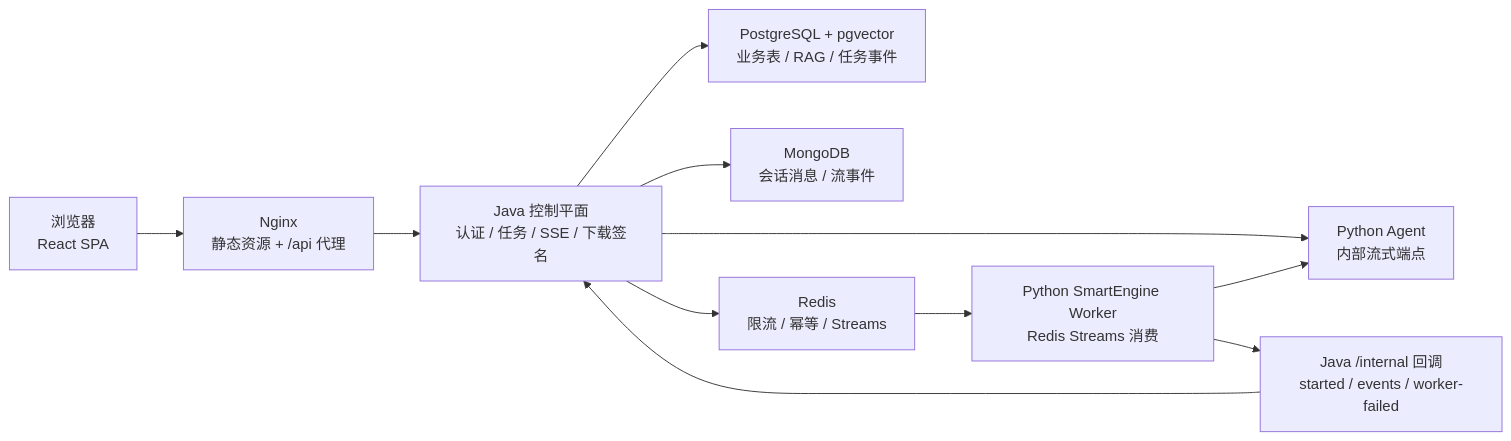
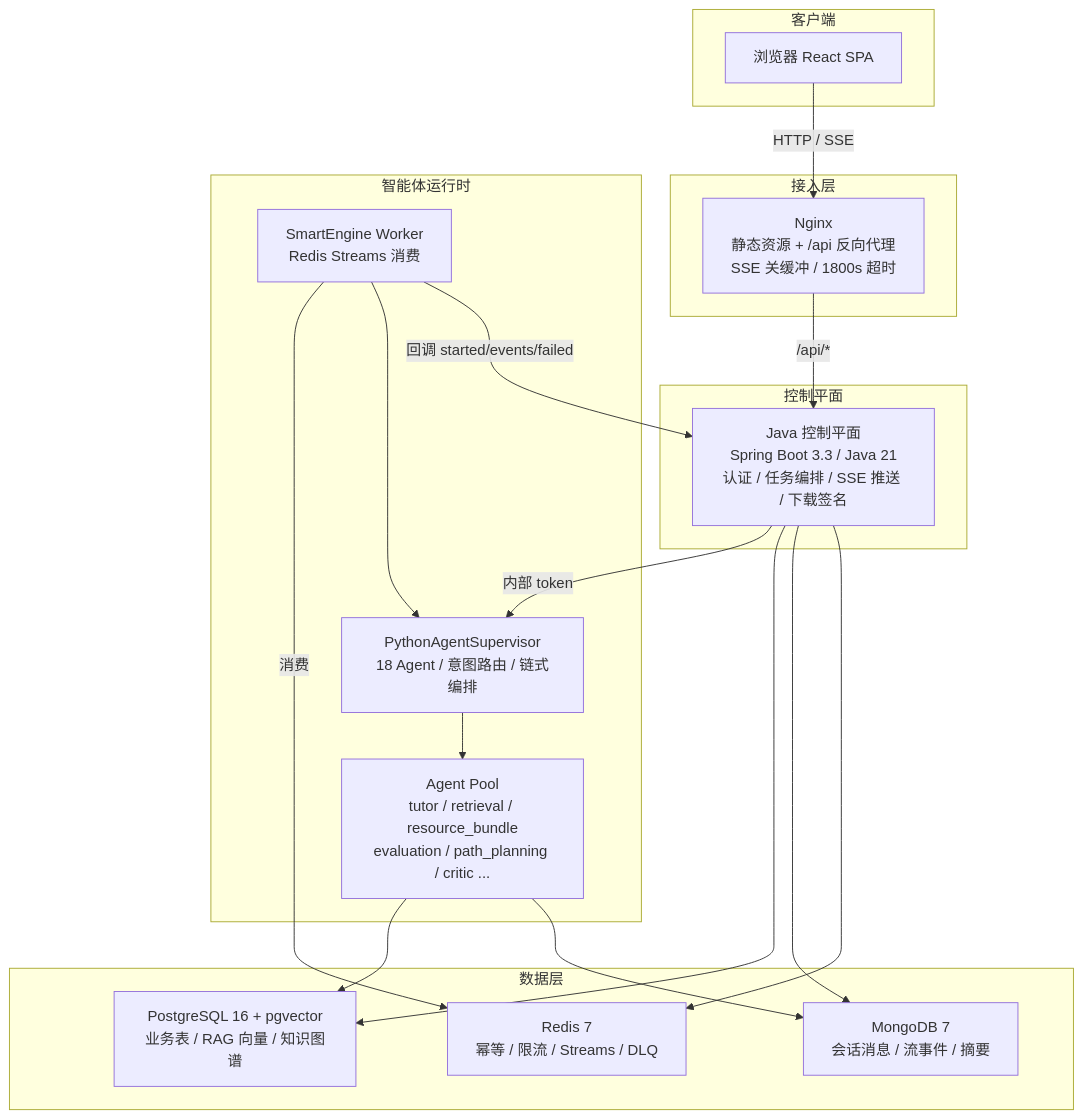
The diagram in README.md (zzp1221/Multi-Agent-Learning-System), drawn with Mermaid before and after one commit. The commit also changed other lines of this file and 11 other files, not shown here.

First line of the commit message:
docs: update README, deployment, architecture docs and remove obsolete planning docs

````diff
--- a/README.md
+++ b/README.md
@@ -22,13 +39,39 @@
 ```mermaid
-flowchart LR
-  Browser["浏览器<br/>React SPA"] --> Nginx["Nginx<br/>静态资源 + /api 代理"]
-  Nginx --> Java["Java 控制平面<br/>认证 / 任务 / SSE / 下载签名"]
-  Java --> Postgres["PostgreSQL + pgvector<br/>业务表 / RAG / 任务事件"]
-  Java --> Mongo["MongoDB<br/>会话消息 / 流事件"]
-  Java --> Redis["Redis<br/>限流 / 幂等 / Streams"]
-  Java --> Python["Python Agent<br/>内部流式端点"]
-  Redis --> Worker["Python SmartEngine Worker<br/>Redis Streams 消费"]
-  Worker --> Python
-  Worker --> JavaCallback["Java /internal 回调<br/>started / events / worker-failed"]
-  JavaCallback --> Java
+flowchart TB
+    subgraph 客户端
+        Browser["浏览器 React SPA"]
+    end
+
+    subgraph 接入层
+        Nginx["Nginx<br/>静态资源 + /api 反向代理<br/>SSE 关缓冲 / 1800s 超时"]
+    end
+
+    subgraph 控制平面
+        Java["Java 控制平面<br/>Spring Boot 3.3 / Java 21<br/>认证 / 任务编排 / SSE 推送 / 下载签名"]
+    end
+
+    subgraph 智能体运行时
+        Supervisor["PythonAgentSupervisor<br/>18 Agent / 意图路由 / 链式编排"]
+        Worker["SmartEngine Worker<br/>Redis Streams 消费"]
+        Agents["Agent Pool<br/>tutor / retrieval / resource_bundle<br/>evaluation / path_planning / critic ..."]
+    end
+
+    subgraph 数据层
+        PG["PostgreSQL 16 + pgvector<br/>业务表 / RAG 向量 / 知识图谱"]
+        Mongo["MongoDB 7<br/>会话消息 / 流事件 / 摘要"]
+        Redis["Redis 7<br/>幂等 / 限流 / Streams / DLQ"]
+    end
+
+    Browser -->|HTTP / SSE| Nginx
+    Nginx -->|/api/*| Java
+    Java -->|内部 token| Supervisor
+    Java --> PG
+    Java --> Mongo
+    Java --> Redis
+    Worker -->|消费| Redis
+    Worker --> Supervisor
+    Worker -->|回调 started/events/failed| Java
+    Supervisor --> Agents
+    Agents --> PG
+    Agents --> Mongo
 ```
````
